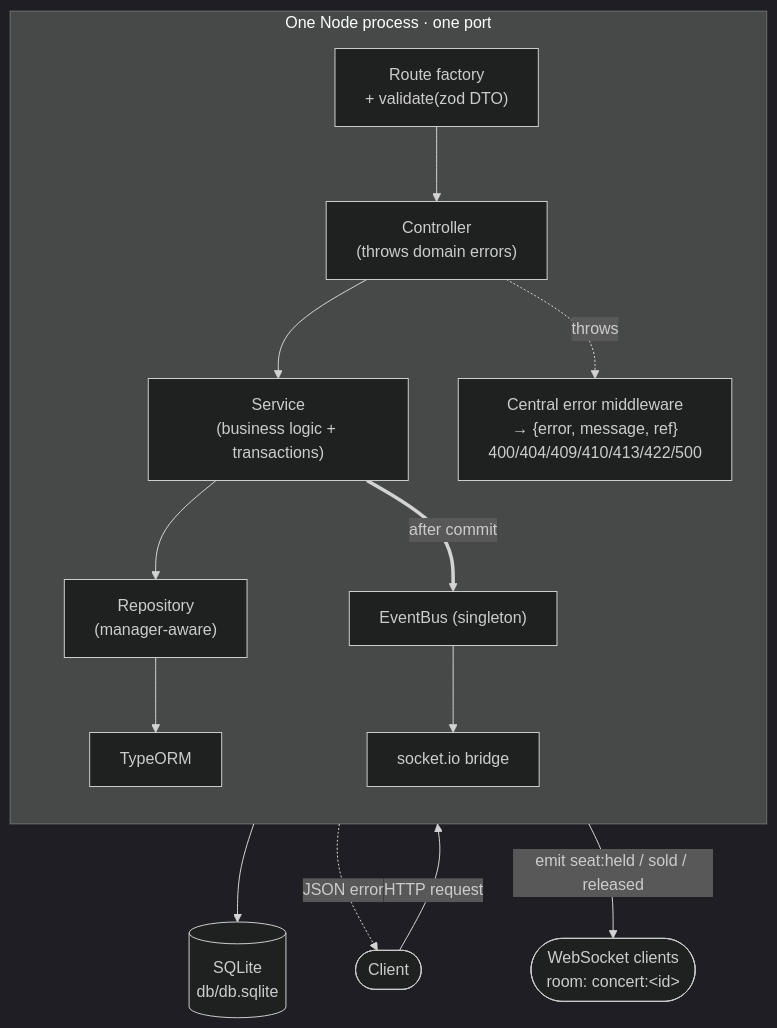
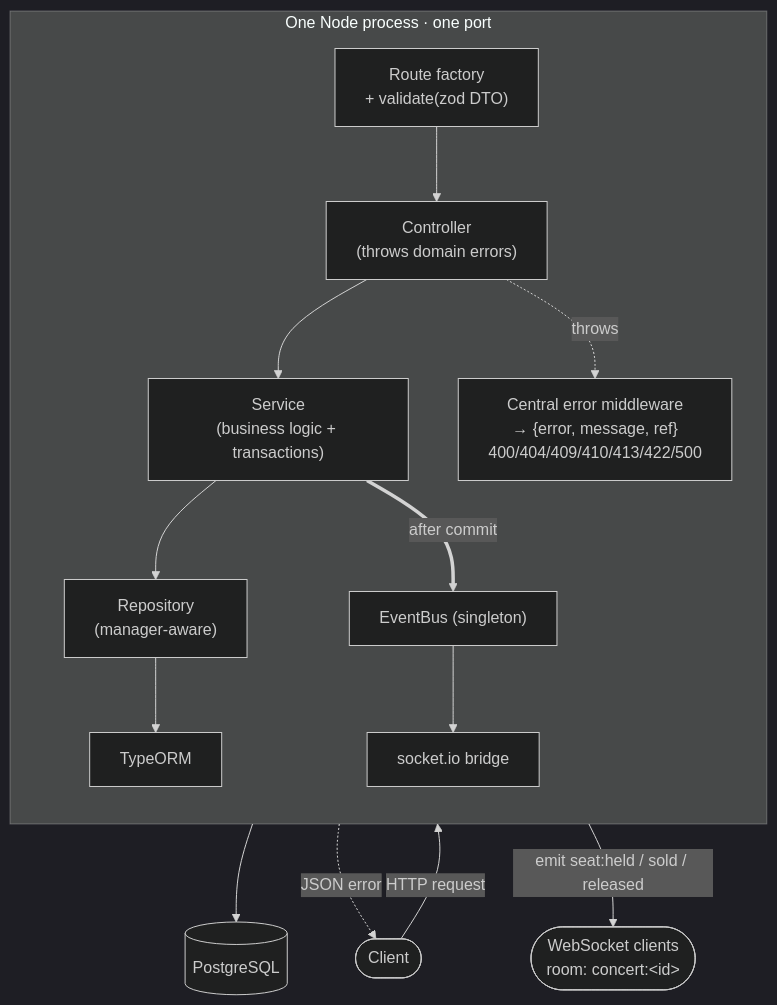
Before and after one commit to LuLuKar05/ticketing-system: the first of 3 diagrams in README.md, drawn with Mermaid (dark theme). The commit also changed other lines of this file and 19 other files, not shown here.

````diff
--- a/README.md
+++ b/README.md
@@ -80,21 +80,21 @@
 ```mermaid
 flowchart TD
     Client([Client])
     subgraph Node["One Node process · one port"]
       direction TB
       Route["Route factory<br/>+ validate(zod DTO)"]
       Ctrl["Controller<br/>(throws domain errors)"]
       Svc["Service<br/>(business logic + transactions)"]
       Repo["Repository<br/>(manager-aware)"]
       ORM["TypeORM"]
       Bus["EventBus (singleton)"]
       Bridge["socket.io bridge"]
       Err["Central error middleware<br/>→ {error, message, ref}<br/>400/404/409/410/413/422/500"]
     end
-    DB[("SQLite<br/>db/db.sqlite")]
+    DB[("PostgreSQL")]
     WS([WebSocket clients<br/>room: concert:&lt;id&gt;])
 
     Client -->|HTTP request| Route --> Ctrl --> Svc --> Repo --> ORM --> DB
     Ctrl -. throws .-> Err -. JSON error .-> Client
     Svc == after commit ==> Bus --> Bridge -->|emit seat:held / sold / released| WS
 ```
````
